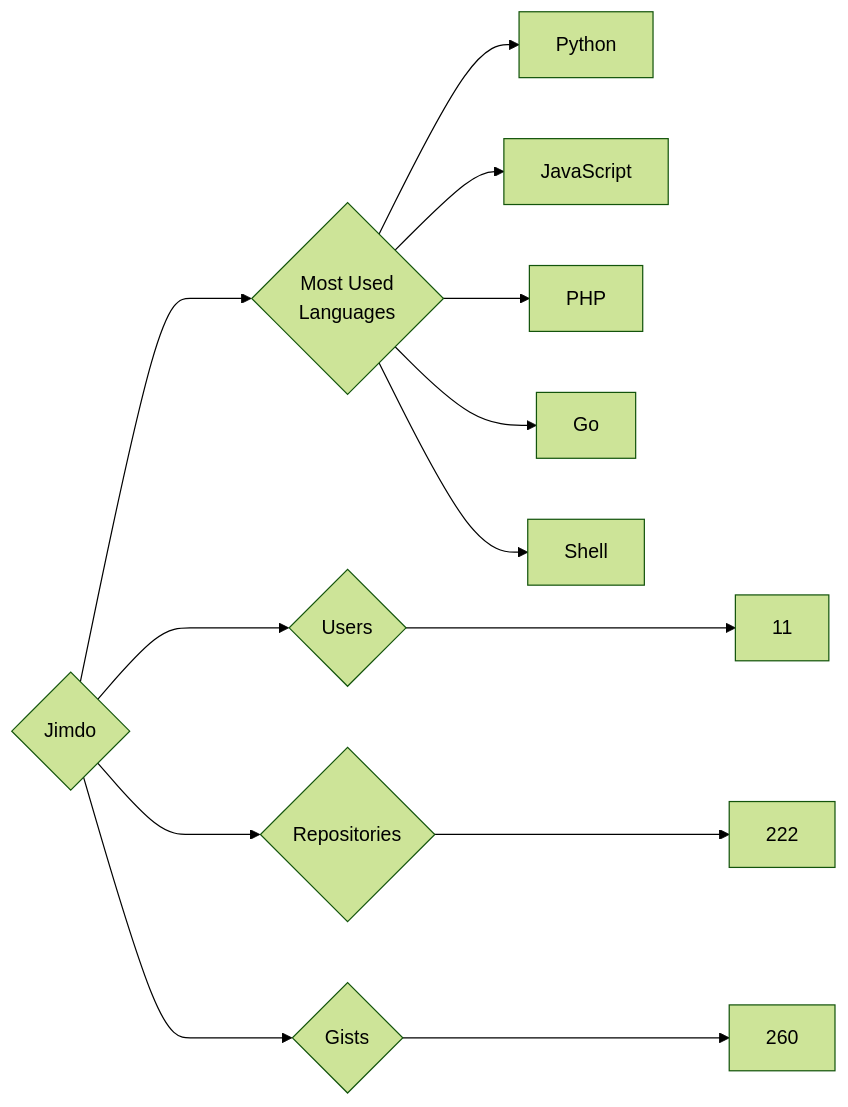
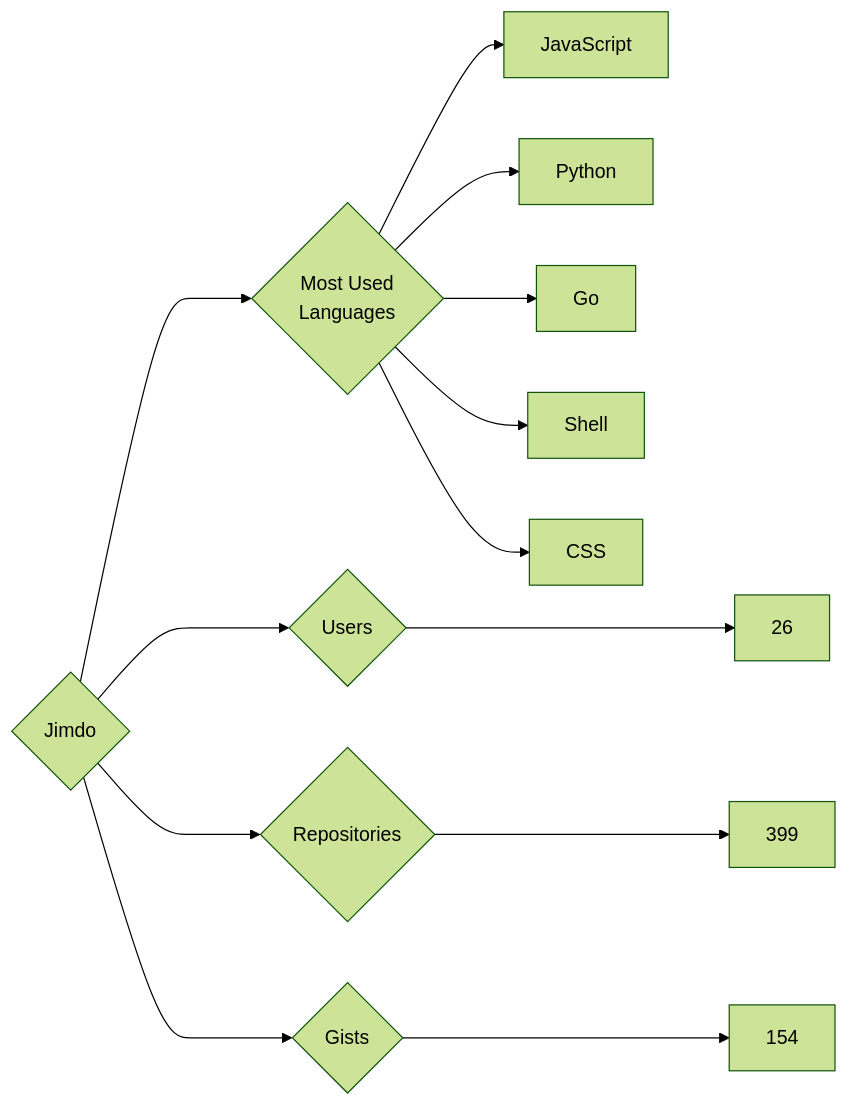
Before and after one commit to trickest/insiders: the diagram in targets/Jimdo/README.md, drawn with Mermaid (forest theme). The commit also changed 772 other files, not shown here.

````diff
--- a/targets/Jimdo/README.md
+++ b/targets/Jimdo/README.md
@@ -3,13 +3,13 @@
 ```mermaid
 graph LR
 COMPANY_NAME{Jimdo}
-COMPANY_NAME ---> U{Users} ---> UN[11]
-COMPANY_NAME ---> R{Repositories} ---> RN[222]
-COMPANY_NAME ---> G{Gists} ---> GN[260]
+COMPANY_NAME ---> U{Users} ---> UN[26]
+COMPANY_NAME ---> R{Repositories} ---> RN[399]
+COMPANY_NAME ---> G{Gists} ---> GN[154]
 COMPANY_NAME ---> ML{Most Used<br>Languages}
+ML --> JavaScript[JavaScript]
 ML --> Python[Python]
-ML --> JavaScript[JavaScript]
-ML --> PHP[PHP]
 ML --> Go[Go]
 ML --> Shell[Shell]
+ML --> CSS[CSS]
 ```
````
